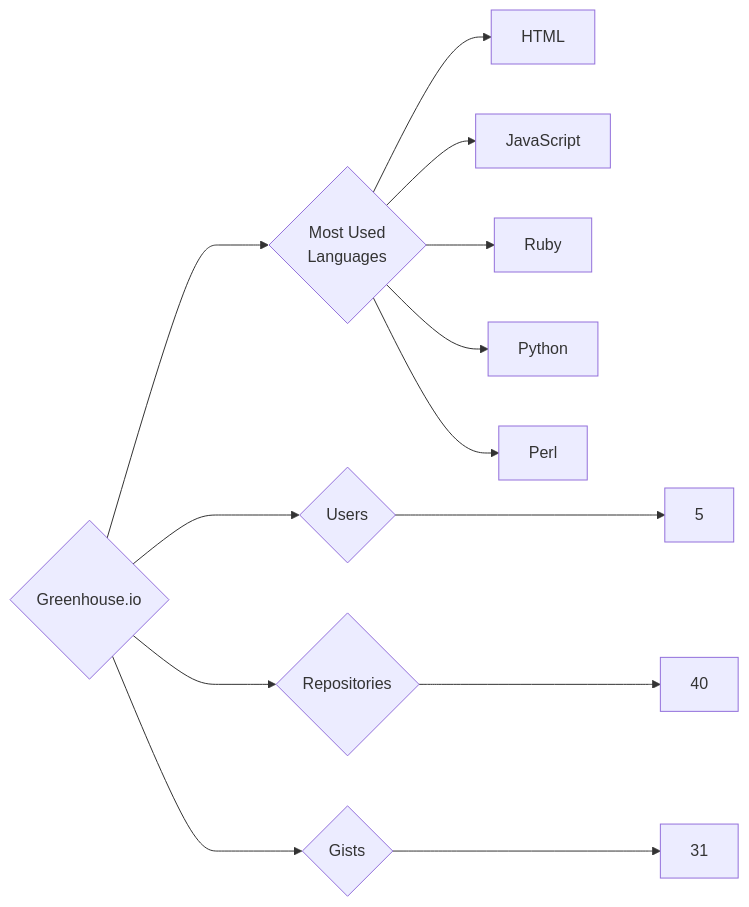
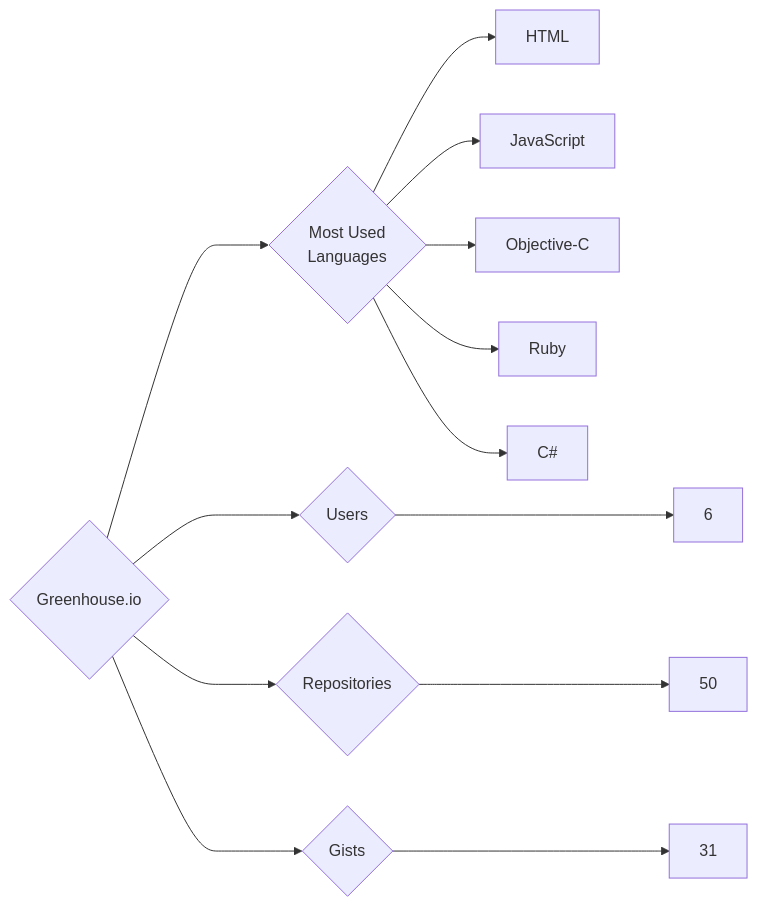
The diagram in targets/Greenhouse.io/README.md (trickest/insiders), drawn with Mermaid before and after one commit. The commit also changed 988 other files, not shown here.

````diff
--- a/targets/Greenhouse.io/README.md
+++ b/targets/Greenhouse.io/README.md
@@ -3,13 +3,13 @@
 ```mermaid
 graph LR
 COMPANY_NAME{Greenhouse.io}
-COMPANY_NAME ---> U{Users} ---> UN[5]
-COMPANY_NAME ---> R{Repositories} ---> RN[40]
+COMPANY_NAME ---> U{Users} ---> UN[6]
+COMPANY_NAME ---> R{Repositories} ---> RN[50]
 COMPANY_NAME ---> G{Gists} ---> GN[31]
 COMPANY_NAME ---> ML{Most Used<br>Languages}
 ML --> HTML[HTML]
 ML --> JavaScript[JavaScript]
+ML --> Objective-C[Objective-C]
 ML --> Ruby[Ruby]
-ML --> Python[Python]
-ML --> Perl[Perl]
+ML --> C#[C#]
 ```
````
